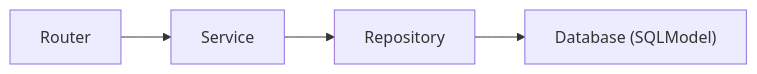
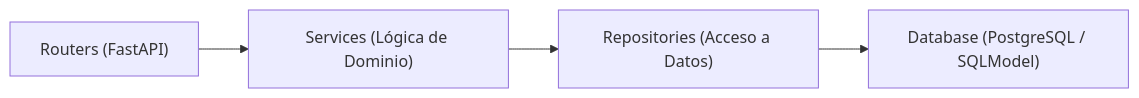
One commit to henrytaby/uyuni-backend-py changed the diagram in README.md. Above: the diagram before and after it, drawn with Mermaid. The commit also changed other lines of this file and 11 other files, not shown here.

````diff
--- a/README.md
+++ b/README.md
@@ -22,6 +58,6 @@
 ```mermaid
 graph LR
-    A["Router"] --> B["Service"]
-    B --> C["Repository"]
-    C --> D["Database (SQLModel)"]
+    A["Routers (FastAPI)"] --> B["Services (Lógica de Dominio)"]
+    B --> C["Repositories (Acceso a Datos)"]
+    C --> D["Database (PostgreSQL / SQLModel)"]
 ```
````
